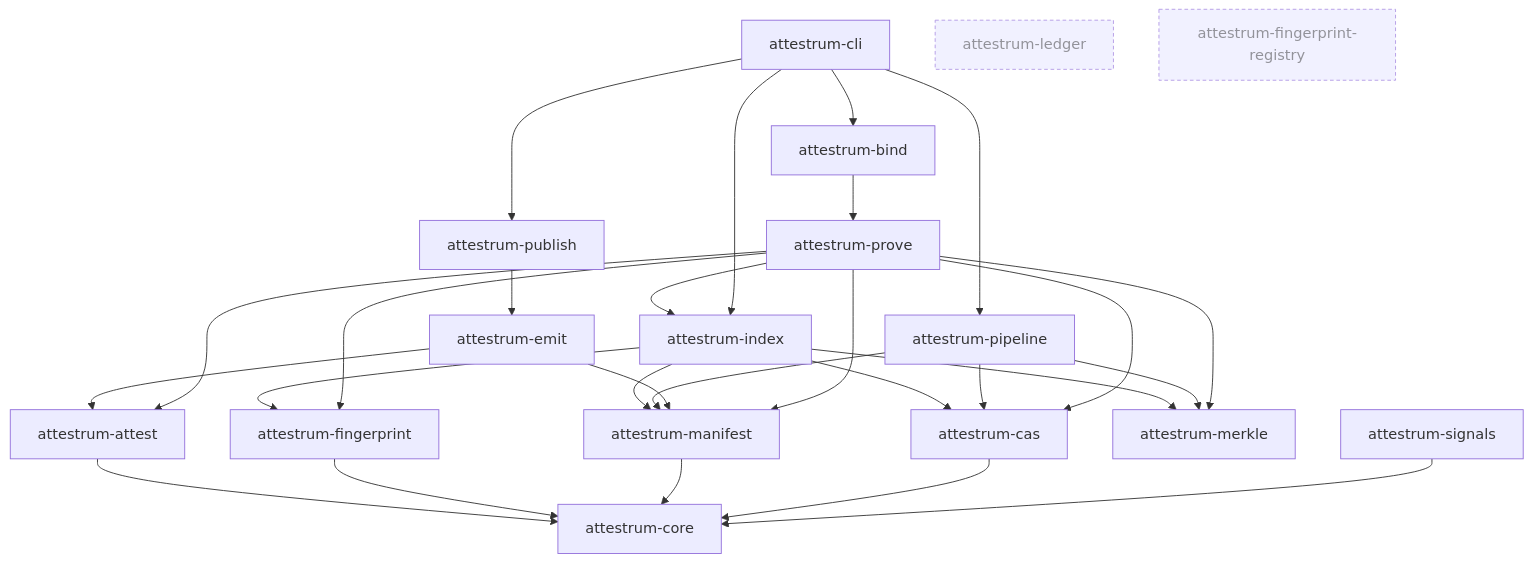
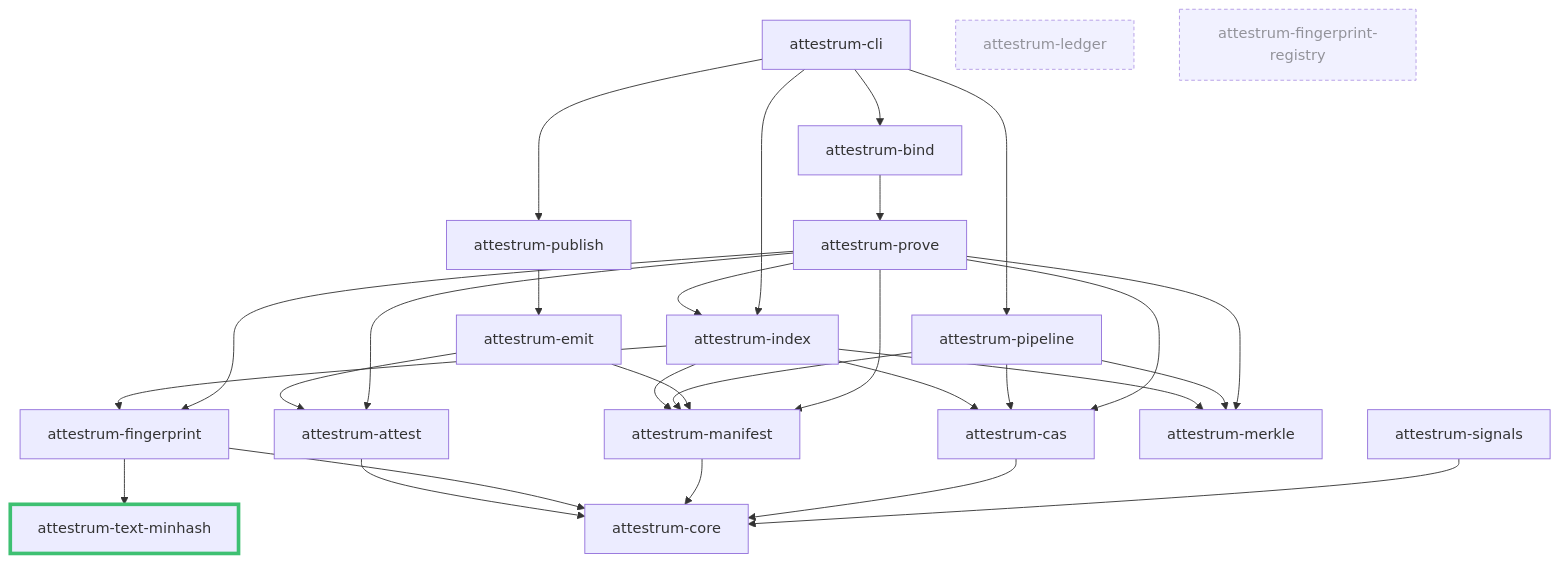
The diagram in docs/diagrams/overview/crate-deps.md (Attestrum/Attestrum), drawn with Mermaid before and after one commit. The commit also changed other lines of this file and 12 other files, not shown here.

````diff
--- a/docs/diagrams/overview/crate-deps.md
+++ b/docs/diagrams/overview/crate-deps.md
@@ -17,40 +17,43 @@
 ```mermaid
 flowchart TD
   CLI[attestrum-cli] --> BD[attestrum-bind]
   CLI --> P[attestrum-pipeline]
   CLI --> PB[attestrum-publish]
 
   BD --> PV[attestrum-prove]
   PB --> EM[attestrum-emit]
 
   PV --> AT[attestrum-attest]
   PV --> CAS[attestrum-cas]
   PV --> FP[attestrum-fingerprint]
   PV --> M[attestrum-manifest]
   PV --> MK[attestrum-merkle]
 
   EM --> AT
   EM --> M
 
   P --> CAS
   P --> M
   P --> MK
 
   CLI --> IX[attestrum-index]
   PV --> IX
   IX --> FP
   IX --> CAS
   IX --> M
   IX --> MK
 
   S[attestrum-signals] --> C[attestrum-core]
   CAS --> C
   M --> C
   FP --> C
+  FP --> TM[attestrum-text-minhash]
   AT --> C
 
   L[attestrum-ledger]:::unwired
   FR[attestrum-fingerprint-registry]:::unwired
 
   classDef unwired stroke-dasharray: 4 3,opacity:0.7
+  classDef added stroke:#3ec072,stroke-width:4px
+  class TM added
 ```
````
